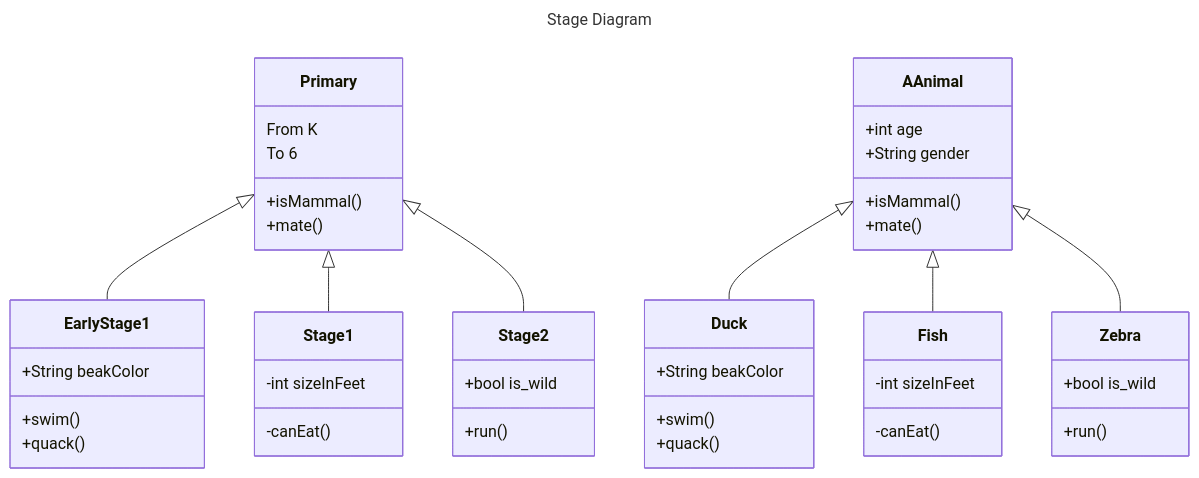
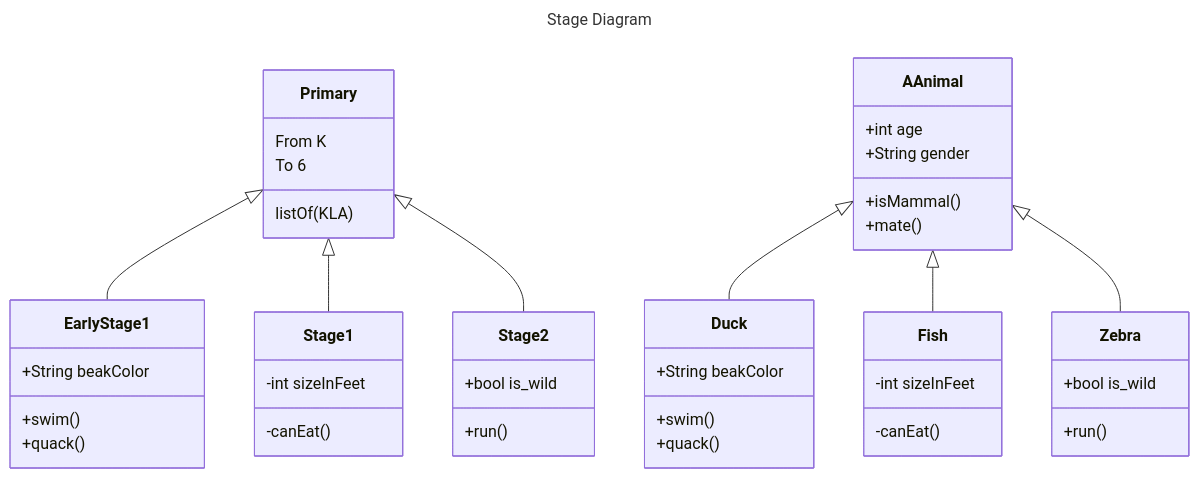
One commit to librelab/gurukul changed the diagram in README.md. Above: the diagram before and after it, drawn with Mermaid.

````diff
--- a/README.md
+++ b/README.md
@@ -55,46 +55,45 @@
 ```mermaid
 ---
 title: Stage Diagram
 ---
 classDiagram
     Primary <|-- Early Stage1
     Primary <|-- Stage1
     Primary <|-- Stage2
     Primary : From K
     Primary : To 6
-    Primary: +isMammal()
-    Primary: +mate()
+    Primary: listOf(KLA)
     class Early Stage1{
       +String beakColor
       +swim()
       +quack()
     }
     class Stage1{
       -int sizeInFeet
       -canEat()
     }
     class Stage2{
       +bool is_wild
       +run()
     }	
 	AAnimal <|-- Duck
     AAnimal <|-- Fish
     AAnimal <|-- Zebra
     AAnimal : +int age
     AAnimal : +String gender
     AAnimal: +isMammal()
     AAnimal: +mate()
     class Duck{
       +String beakColor
       +swim()
       +quack()
     }
     class Fish{
       -int sizeInFeet
       -canEat()
     }
     class Zebra{
       +bool is_wild
       +run()
     }
 ```
````
